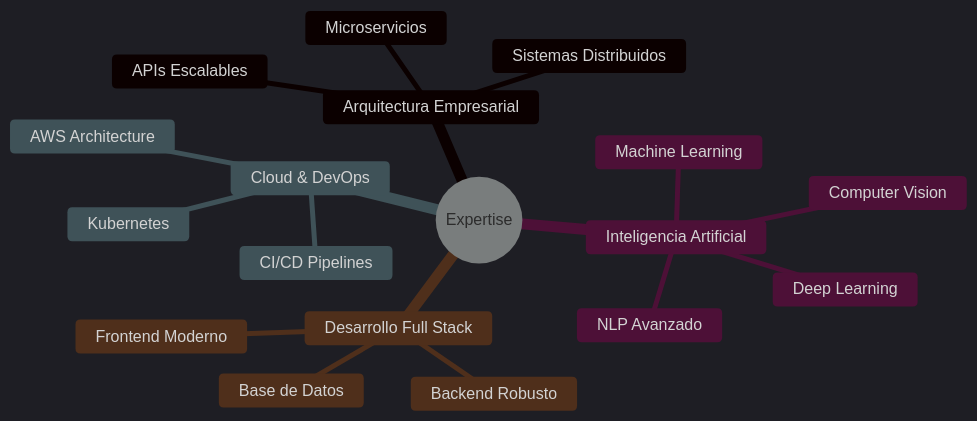
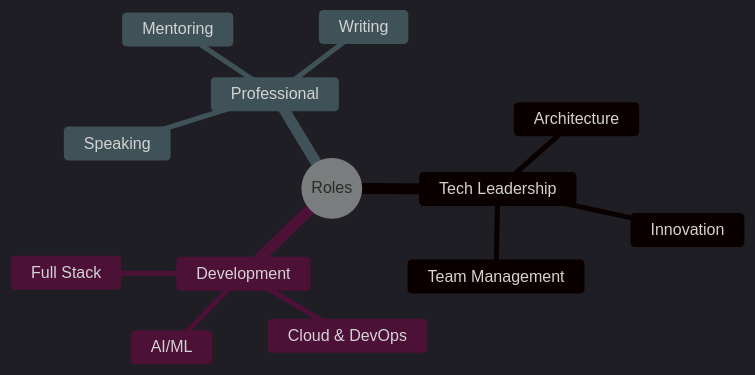
One commit to Alexander2301T/Alexander2301T changed the third of 3 diagrams in README.md. Above: the diagram before and after it, drawn with Mermaid. The commit also changed other lines of this file, not shown here.

````diff
--- a/README.md
+++ b/README.md
@@ -34,22 +120,17 @@
 ```mermaid
 %%{init: { 'theme': 'dark' } }%%
 mindmap
-  root((Expertise))
-    Arquitectura Empresarial
-      Microservicios
-      Sistemas Distribuidos
-      APIs Escalables
-    Inteligencia Artificial
-      Machine Learning
-      Deep Learning
-      Computer Vision
-      NLP Avanzado
-    Cloud & DevOps
-      AWS Architecture
-      CI/CD Pipelines
-      Kubernetes
-    Desarrollo Full Stack
-      Frontend Moderno
-      Backend Robusto
-      Base de Datos
+  root((Roles))
+    Tech Leadership
+      Team Management
+      Architecture
+      Innovation
+    Development
+      Full Stack
+      Cloud & DevOps
+      AI/ML
+    Professional
+      Mentoring
+      Speaking
+      Writing
 ```
````
